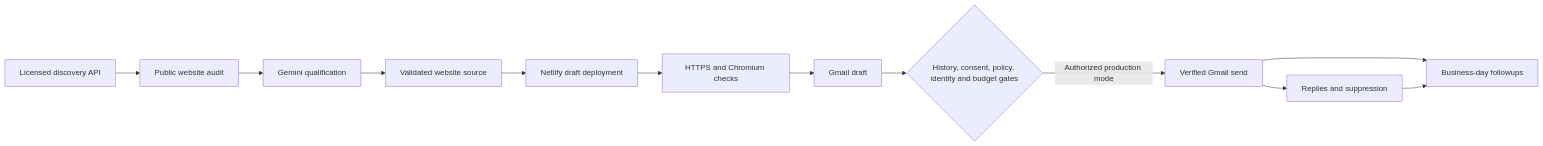
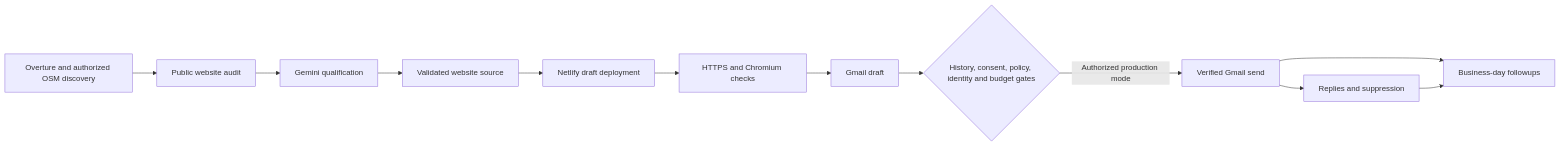
One commit to Nipun33333/GLOBAL-WEBSITE-AGENT changed the diagram in README.md. Above: the diagram before and after it, drawn with Mermaid. The commit also changed other lines of this file and 20 other files, not shown here.

Commit message:
Add bounded zero-key discovery with licensed fallback and durable recovery

````diff
--- a/README.md
+++ b/README.md
@@ -29,14 +33,14 @@
 ```mermaid
 flowchart LR
-    A[Licensed discovery API] --> B[Public website audit]
+    A[Overture and authorized OSM discovery] --> B[Public website audit]
     B --> C[Gemini qualification]
     C --> D[Validated website source]
     D --> E[Netlify draft deployment]
     E --> F[HTTPS and Chromium checks]
     F --> G[Gmail draft]
     G --> H{History, consent, policy, identity and budget gates}
     H -->|Authorized production mode| I[Verified Gmail send]
     I --> J[Replies and suppression]
     I --> K[Business-day followups]
     J --> K
 ```
````
